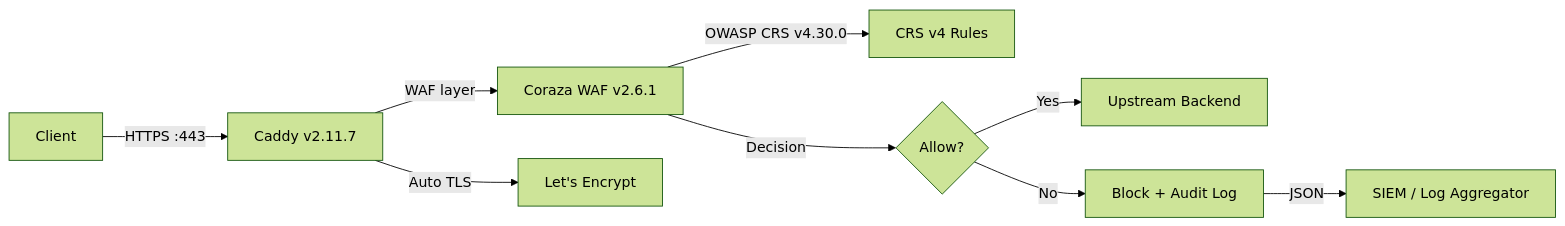
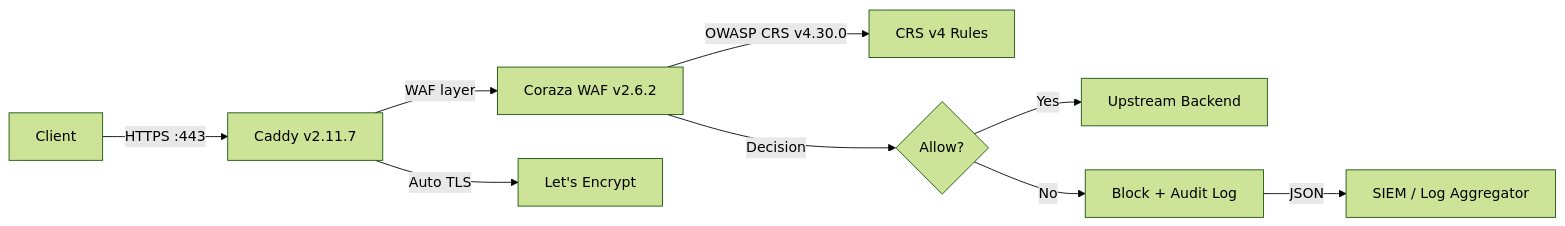
The diagram in README.md (Developmi/caddy-waf), drawn with Mermaid (forest theme) before and after one commit. The commit also changed other lines of this file and 3 other files, not shown here.

````diff
--- a/README.md
+++ b/README.md
@@ -154,11 +154,11 @@
 ```mermaid
 flowchart LR
     Client[Client] -->|HTTPS :443| Caddy[Caddy v2.11.7]
-    Caddy -->|WAF layer| Coraza[Coraza WAF v2.6.1]
+    Caddy -->|WAF layer| Coraza[Coraza WAF v2.6.2]
     Coraza -->|OWASP CRS v4.30.0| Rules[CRS v4 Rules]
     Coraza -->|Decision| Action{Allow?}
     Action -->|Yes| Backend[Upstream Backend]
     Action -->|No| Block[Block + Audit Log]
     Block -->|JSON| SIEM[SIEM / Log Aggregator]
     Caddy -->|Auto TLS| LE[Let's Encrypt]
 ```
````
